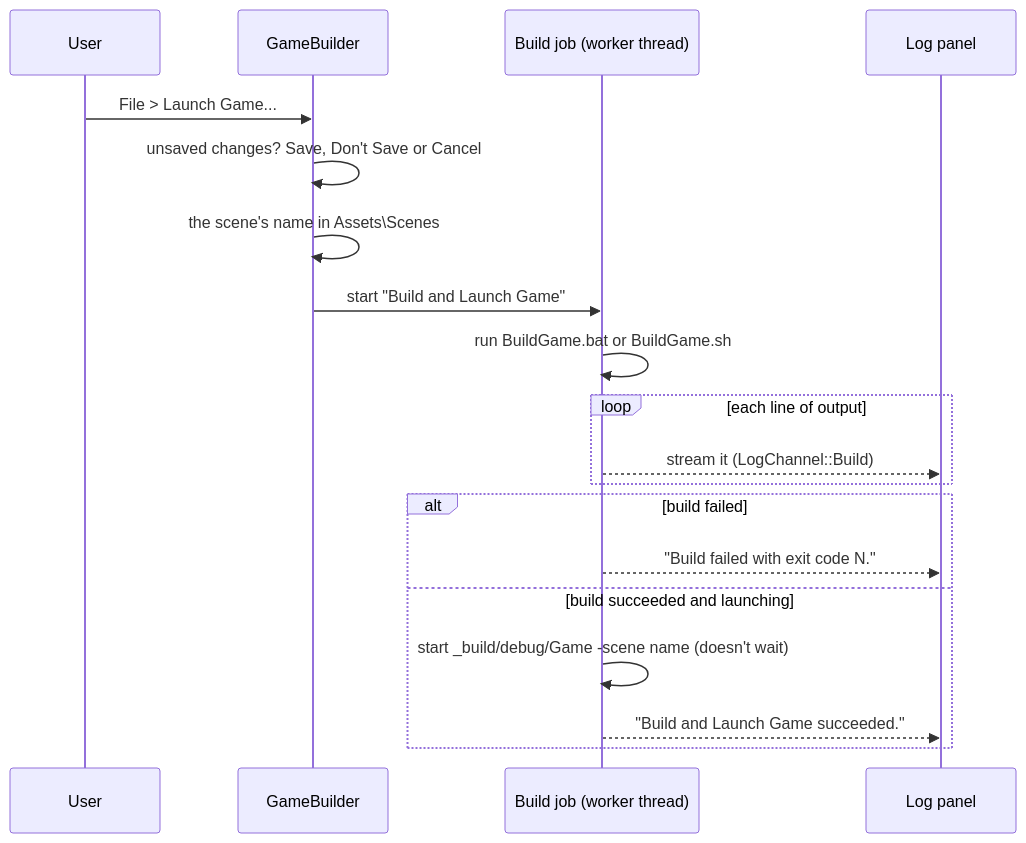
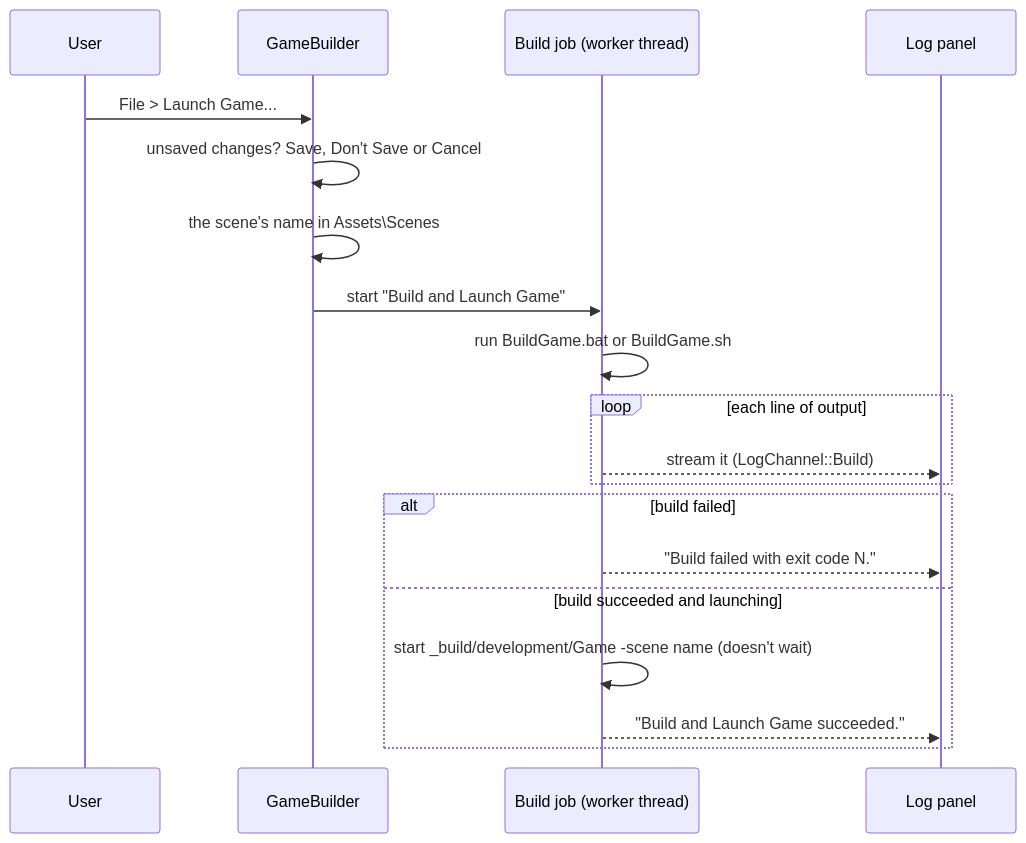
Before and after one commit to b1nary0/RZE: the second of 2 diagrams in Docs/Generated/Engine/07-Editor/Editor-Camera-And-Build-Launch.md, drawn with Mermaid. The commit also changed other lines of this file and 17 other files, not shown here.

First line of the commit message:
Docs: Development configuration, graphics validation, the optimization switch

````diff
--- a/Docs/Generated/Engine/07-Editor/Editor-Camera-And-Build-Launch.md
+++ b/Docs/Generated/Engine/07-Editor/Editor-Camera-And-Build-Launch.md
@@ -63,22 +63,22 @@
 ```mermaid
 %%{init: {'flowchart': {'subGraphTitleMargin': {'top': 6, 'bottom': 10}}, 'themeCSS': '.labelBkg, .edgeLabel { background-color: var(--background-primary) !important; } .messageText, .labelText, .loopText { paint-order: stroke; stroke: var(--background-primary); stroke-width: 12px; stroke-linejoin: round; }'}}%%
 sequenceDiagram
     participant User
     participant App as GameBuilder
     participant Job as Build job (worker thread)
     participant Log as Log panel
     User->>App: File > Launch Game...
     App->>App: unsaved changes? Save, Don't Save or Cancel
     App->>App: the scene's name in Assets\Scenes
     App->>Job: start "Build and Launch Game"
     Job->>Job: run BuildGame.bat or BuildGame.sh
     loop each line of output
         Job-->>Log: stream it (LogChannel::Build)
     end
     alt build failed
         Job-->>Log: "Build failed with exit code N."
     else build succeeded and launching
-        Job->>Job: start _build/debug/Game -scene name (doesn't wait)
+        Job->>Job: start _build/development/Game -scene name (doesn't wait)
         Job-->>Log: "Build and Launch Game succeeded."
     end
 ```
````
